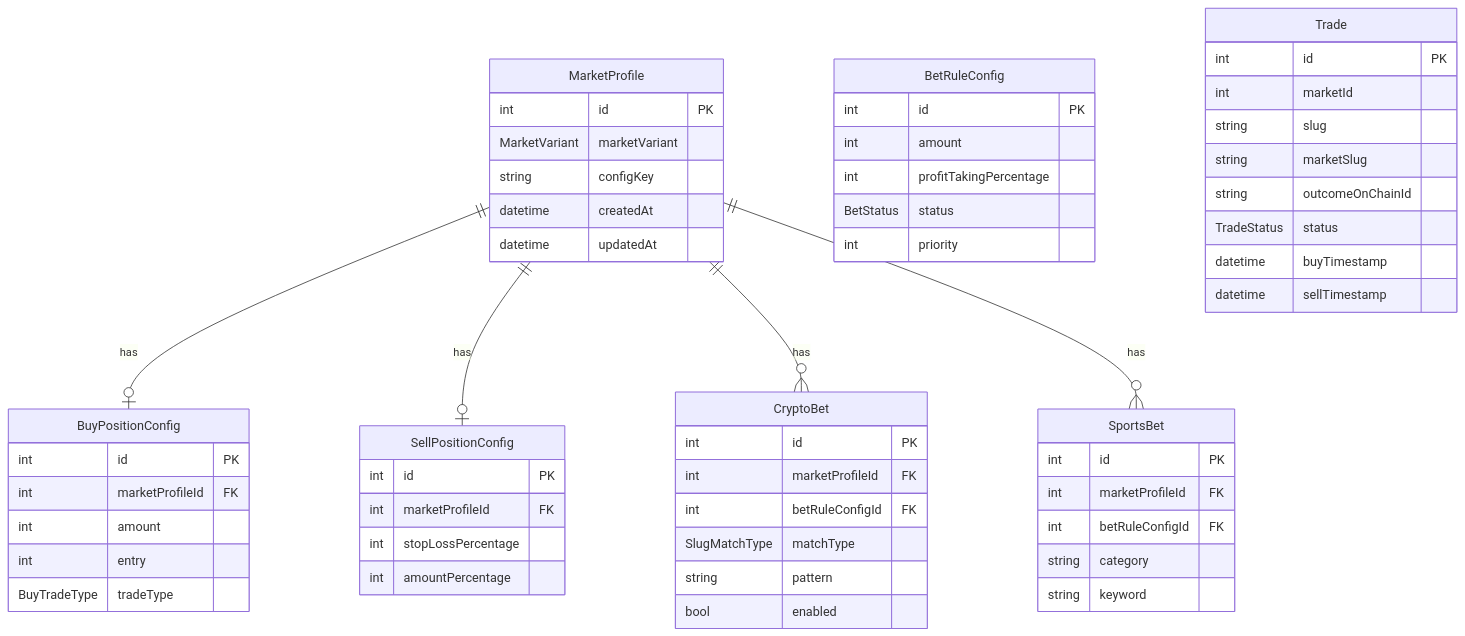
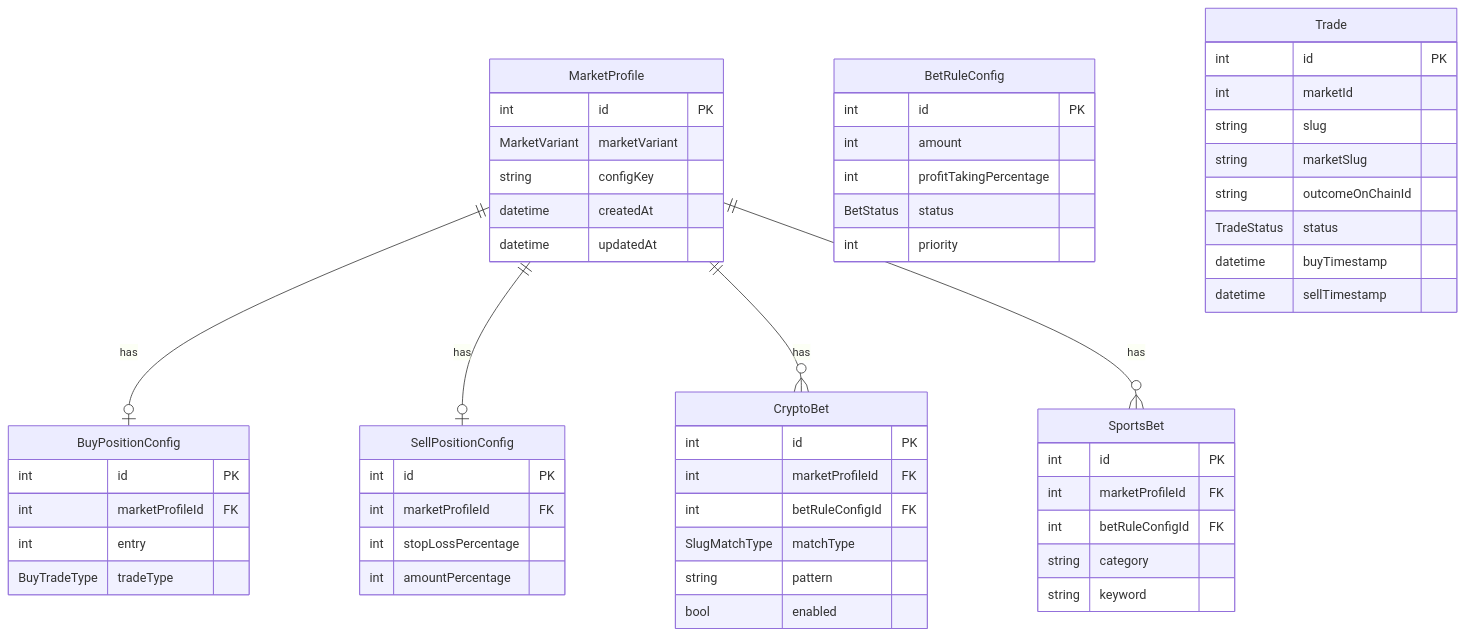
The first of 2 diagrams in docs/model-relationships.md (blckfsh/prediction-market-trading-bot), drawn with Mermaid before and after one commit. The commit also changed other lines of this file and 7 other files, not shown here.

````diff
--- a/docs/model-relationships.md
+++ b/docs/model-relationships.md
@@ -29,66 +29,65 @@
 ```mermaid
 erDiagram
     MarketProfile ||--o| BuyPositionConfig : has
     MarketProfile ||--o| SellPositionConfig : has
     MarketProfile ||--o{ CryptoBet : has
     MarketProfile ||--o{ SportsBet : has
 
     MarketProfile {
       int id PK
       MarketVariant marketVariant
       string configKey
       datetime createdAt
       datetime updatedAt
     }
 
     BuyPositionConfig {
       int id PK
       int marketProfileId FK
-      int amount
       int entry
       BuyTradeType tradeType
     }
 
     SellPositionConfig {
       int id PK
       int marketProfileId FK
       int stopLossPercentage
       int amountPercentage
     }
 
     CryptoBet {
       int id PK
       int marketProfileId FK
       int betRuleConfigId FK
       SlugMatchType matchType
       string pattern
       bool enabled
     }
 
     SportsBet {
       int id PK
       int marketProfileId FK
       int betRuleConfigId FK
       string category
       string keyword
     }
 
     BetRuleConfig {
       int id PK
       int amount
       int profitTakingPercentage
       BetStatus status
       int priority
     }
 
     Trade {
       int id PK
       int marketId
       string slug
       string marketSlug
       string outcomeOnChainId
       TradeStatus status
       datetime buyTimestamp
       datetime sellTimestamp
     }
 ```
````
